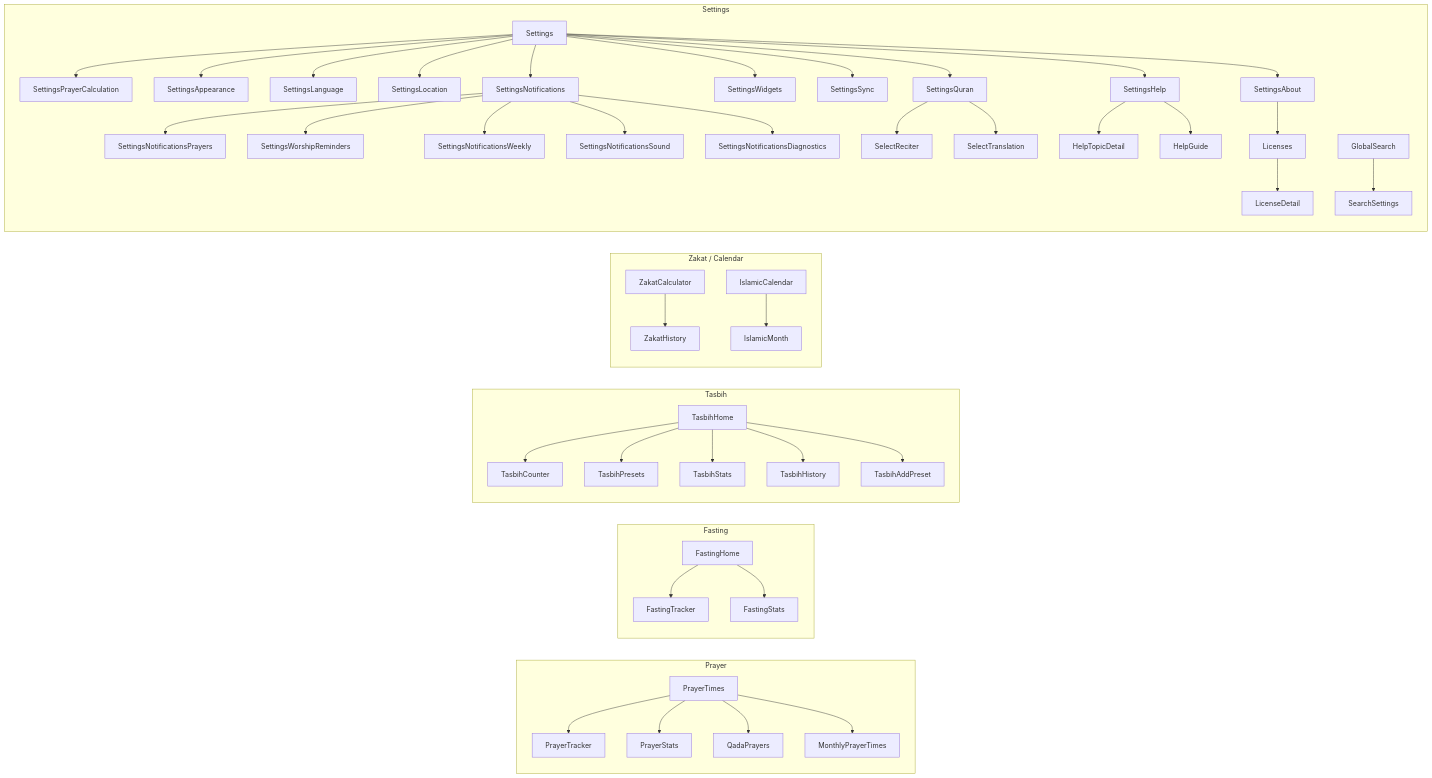
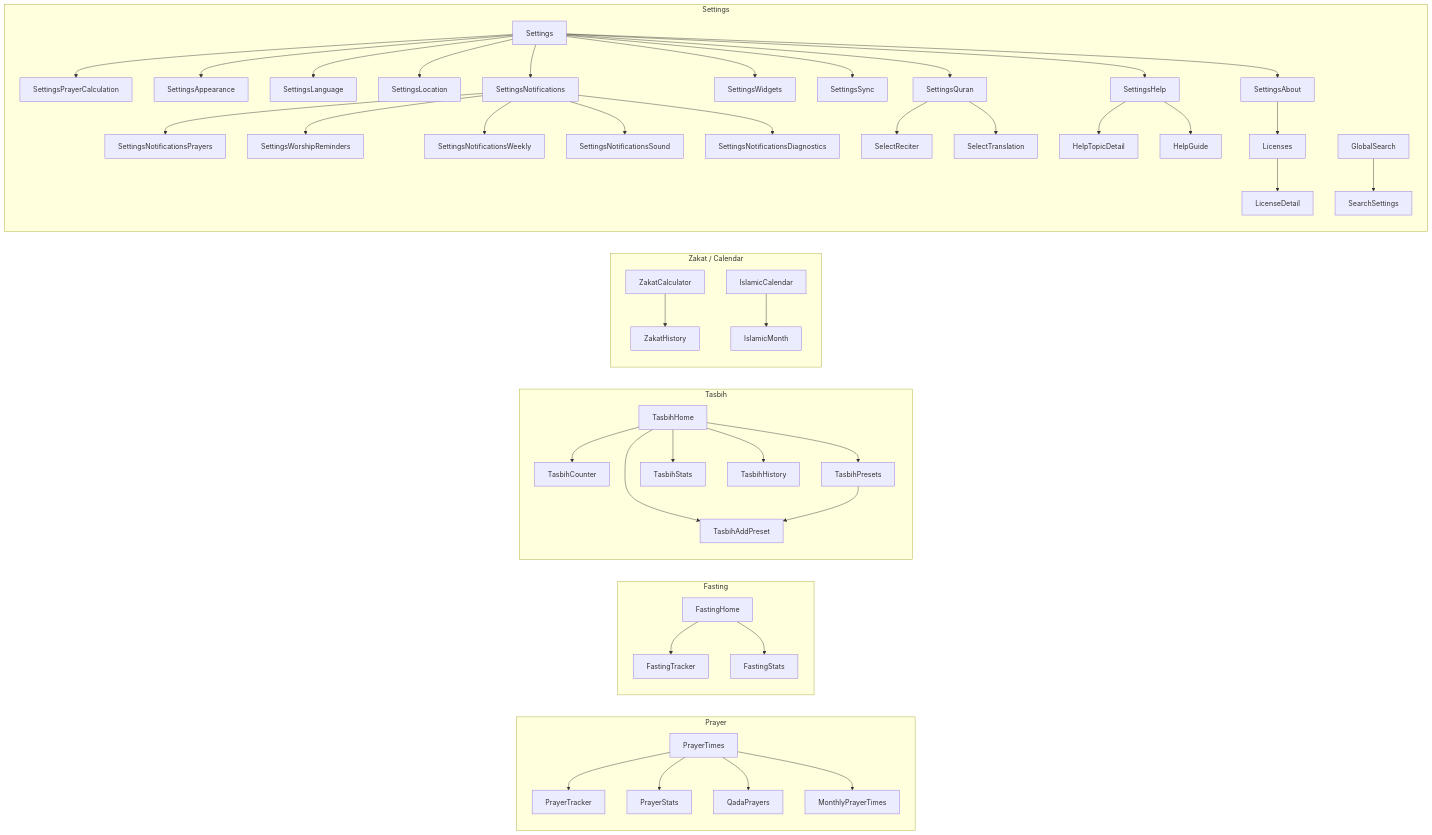
Before and after one commit to arshad-shah/Nimaz: the third of 4 diagrams in docs/NAVIGATION.md, drawn with Mermaid. The commit also changed other lines of this file and 26 other files, not shown here.

````diff
--- a/docs/NAVIGATION.md
+++ b/docs/NAVIGATION.md
@@ -133,32 +135,33 @@
 ```mermaid
 flowchart LR
     subgraph P["Prayer"]
         PrayerTimes --> PrayerTracker & PrayerStats & QadaPrayers & MonthlyPrayerTimes
     end
 
     subgraph F["Fasting"]
         FastingHome --> FastingTracker & FastingStats
     end
 
     subgraph T["Tasbih"]
         TasbihHome --> TasbihCounter & TasbihPresets & TasbihStats & TasbihHistory & TasbihAddPreset
+        TasbihPresets --> TasbihAddPreset
     end
 
     subgraph Z["Zakat / Calendar"]
         ZakatCalculator --> ZakatHistory
         IslamicCalendar --> IslamicMonth
     end
 
     subgraph S["Settings"]
         Settings --> SettingsPrayerCalculation & SettingsAppearance & SettingsLanguage
         Settings --> SettingsLocation & SettingsQuran & SettingsWidgets & SettingsSync
         Settings --> SettingsNotifications & SettingsHelp & SettingsAbout
         SettingsNotifications --> SettingsNotificationsPrayers & SettingsWorshipReminders
         SettingsNotifications --> SettingsNotificationsWeekly & SettingsNotificationsSound
         SettingsNotifications --> SettingsNotificationsDiagnostics
         SettingsQuran --> SelectReciter & SelectTranslation
         SettingsHelp --> HelpTopicDetail & HelpGuide
         SettingsAbout --> Licenses --> LicenseDetail
         GlobalSearch --> SearchSettings
     end
 ```
````
